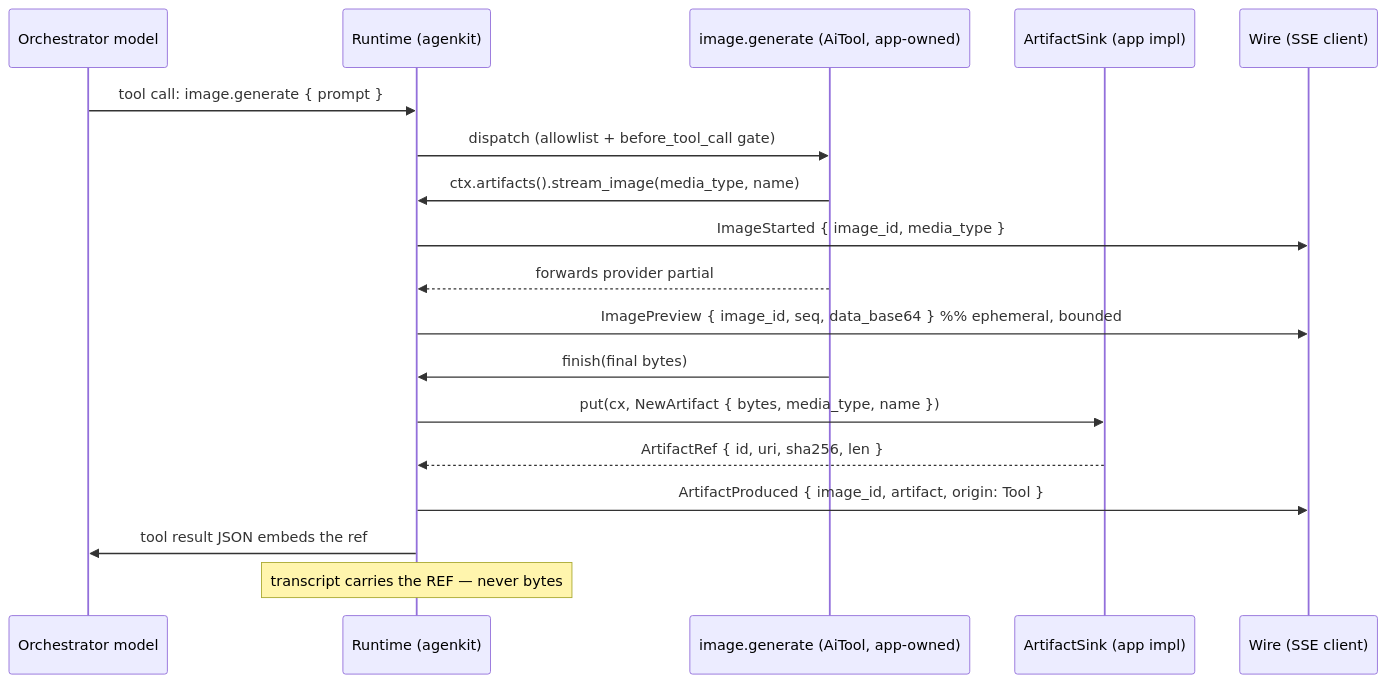
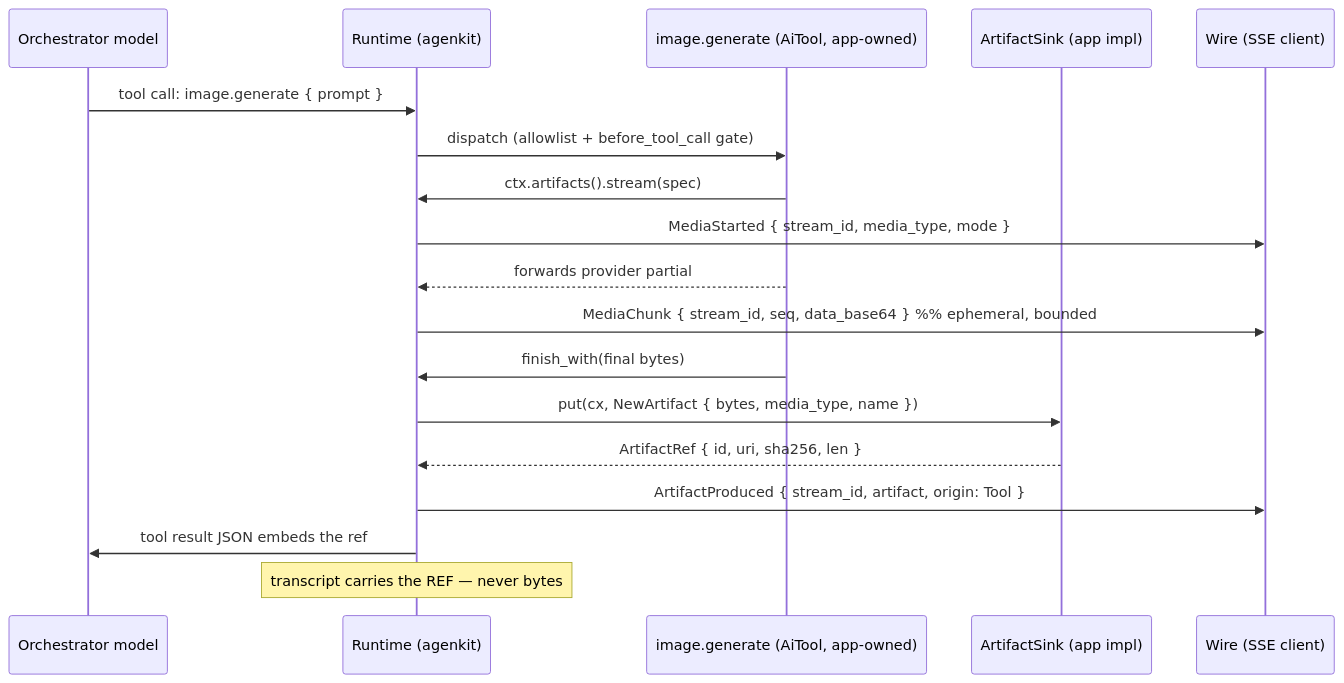
Before and after one commit to mambisi/pocopine: the diagram in rfcs/rfc-122-artifact-capture-image-output.md, drawn with Mermaid. The commit also changed other lines of this file, not shown here.

Commit message:
docs(rfcs): RFC-122 rev — generalize to mode-declared MediaStream, add multi-output groups

````diff
--- a/rfcs/rfc-122-artifact-capture-image-output.md
+++ b/rfcs/rfc-122-artifact-capture-image-output.md
@@ -97,21 +100,21 @@
 ```mermaid
 sequenceDiagram
     participant M as Orchestrator model
     participant R as Runtime (agenkit)
     participant T as image.generate (AiTool, app-owned)
     participant S as ArtifactSink (app impl)
     participant W as Wire (SSE client)
 
     M->>R: tool call: image.generate { prompt }
     R->>T: dispatch (allowlist + before_tool_call gate)
-    T->>R: ctx.artifacts().stream_image(media_type, name)
-    R->>W: ImageStarted { image_id, media_type }
+    T->>R: ctx.artifacts().stream(spec)
+    R->>W: MediaStarted { stream_id, media_type, mode }
     T-->>R: forwards provider partial
-    R->>W: ImagePreview { image_id, seq, data_base64 }  %% ephemeral, bounded
-    T->>R: finish(final bytes)
+    R->>W: MediaChunk { stream_id, seq, data_base64 }  %% ephemeral, bounded
+    T->>R: finish_with(final bytes)
     R->>S: put(cx, NewArtifact { bytes, media_type, name })
     S-->>R: ArtifactRef { id, uri, sha256, len }
-    R->>W: ArtifactProduced { image_id, artifact, origin: Tool }
+    R->>W: ArtifactProduced { stream_id, artifact, origin: Tool }
     R->>M: tool result JSON embeds the ref
     Note over R: transcript carries the REF — never bytes
 ```
````
